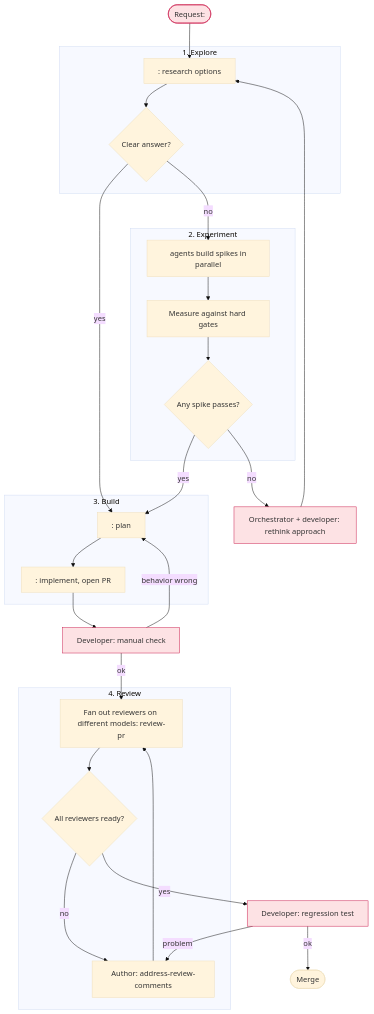
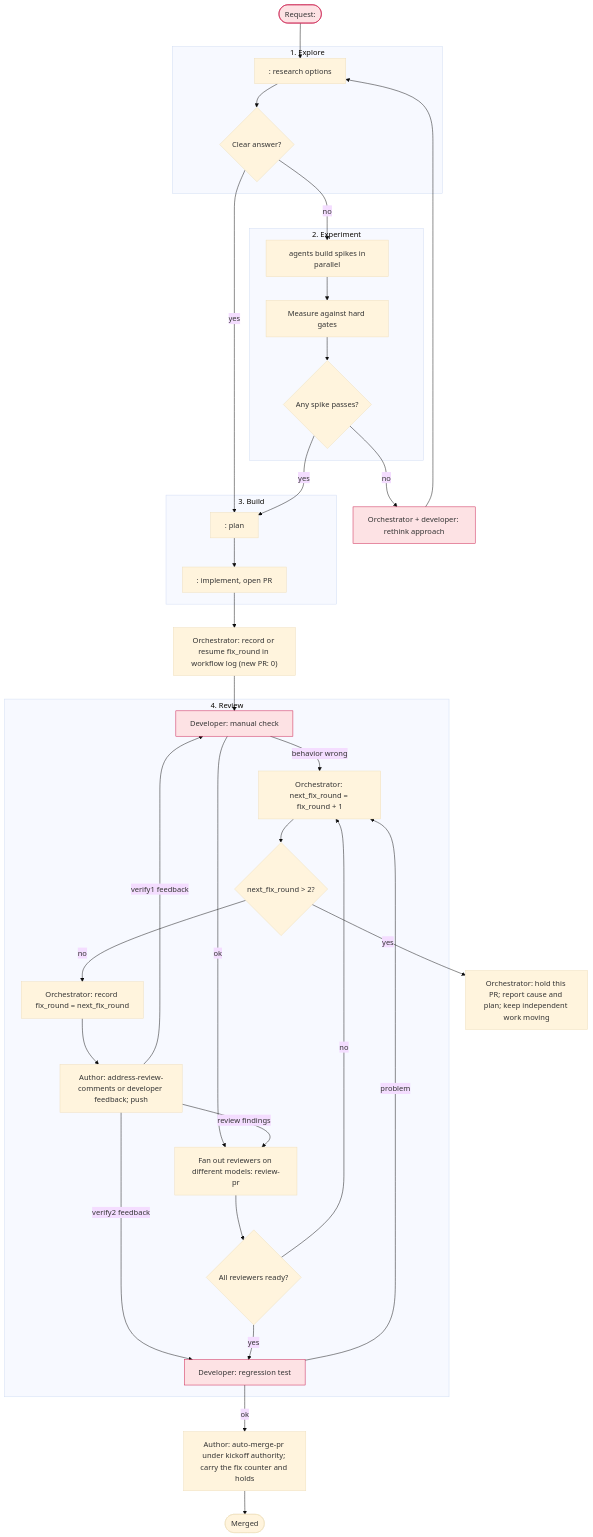
Before and after one commit to asura1234/bus: the diagram in workflows/template.md, drawn with Mermaid (base theme). The commit also changed other lines of this file and 9 other files, not shown here.

First line of the commit message:
[docs] secure orchestrator handoffs, authority and parallel work (#140)

````diff
--- a/workflows/template.md
+++ b/workflows/template.md
@@ -29,45 +29,54 @@
 ```mermaid
 flowchart TD
     start([Request: <one line>]):::developer
     start --> research
 
     subgraph explore [1. Explore]
         research[<agent>: research options]
         research --> consensus{Clear answer?}
     end
 
     consensus -- yes --> plan
     consensus -- no --> spikes
 
     subgraph experiment [2. Experiment]
         spikes[<N> agents build spikes in parallel]
         spikes --> measure[Measure against hard gates]
         measure --> pick{Any spike passes?}
     end
 
     pick -- yes --> plan
     pick -- no --> rethink[Orchestrator + developer: rethink approach]:::developer
     rethink --> research
 
     subgraph build [3. Build]
         plan[<agent>: plan] --> implement[<agent>: implement, open PR]
     end
 
-    implement --> verify1[Developer: manual check]:::developer
-    verify1 -- behavior wrong --> plan
+    implement --> initround["Orchestrator: record or resume fix_round in workflow log (new PR: 0)"]
+    initround --> verify1[Developer: manual check]:::developer
+    verify1 -- behavior wrong --> nextfix
     verify1 -- ok --> review
 
     subgraph reviewloop [4. Review]
         review[Fan out reviewers on different models: review-pr]
         review --> ready{All reviewers ready?}
-        ready -- no --> fix[Author: address-review-comments]
-        fix --> review
+        ready -- no --> nextfix["Orchestrator: next_fix_round = fix_round + 1"]
+        nextfix --> overbudget{"next_fix_round > 2?"}
+        overbudget -- no --> countfix["Orchestrator: record fix_round = next_fix_round"]
+        countfix --> fix[Author: address-review-comments or developer feedback; push]
+        fix -- review findings --> review
+        fix -- verify1 feedback --> verify1
+        fix -- verify2 feedback --> verify2
     end
 
+    overbudget -- yes --> hold[Orchestrator: hold this PR; report cause and plan; keep independent work moving]
+
     ready -- yes --> verify2[Developer: regression test]:::developer
-    verify2 -- problem --> fix
-    verify2 -- ok --> done([Merge])
+    verify2 -- problem --> nextfix
+    verify2 -- ok --> merge[Author: auto-merge-pr under kickoff authority; carry the fix counter and holds]
+    merge --> done([Merged])
 
     classDef developer fill:#fde2e4,stroke:#c9184a
     classDef current stroke-width:3px,stroke:#2563eb
 ```
````
